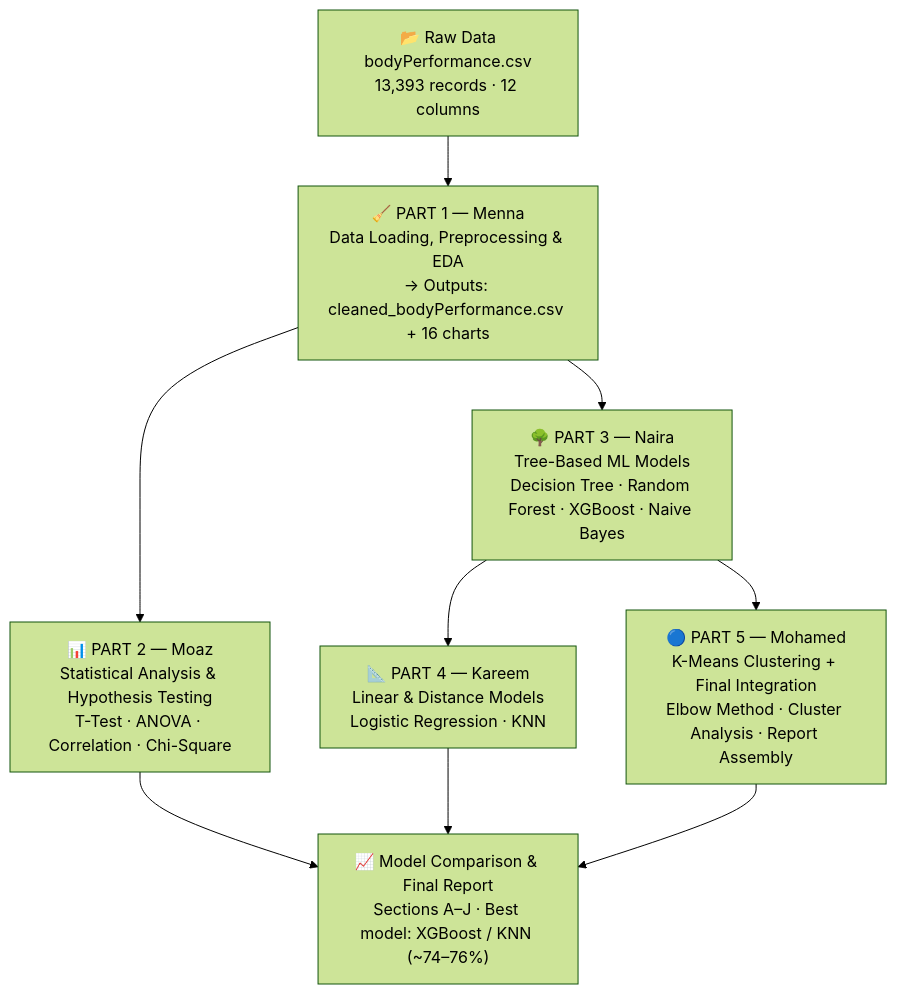
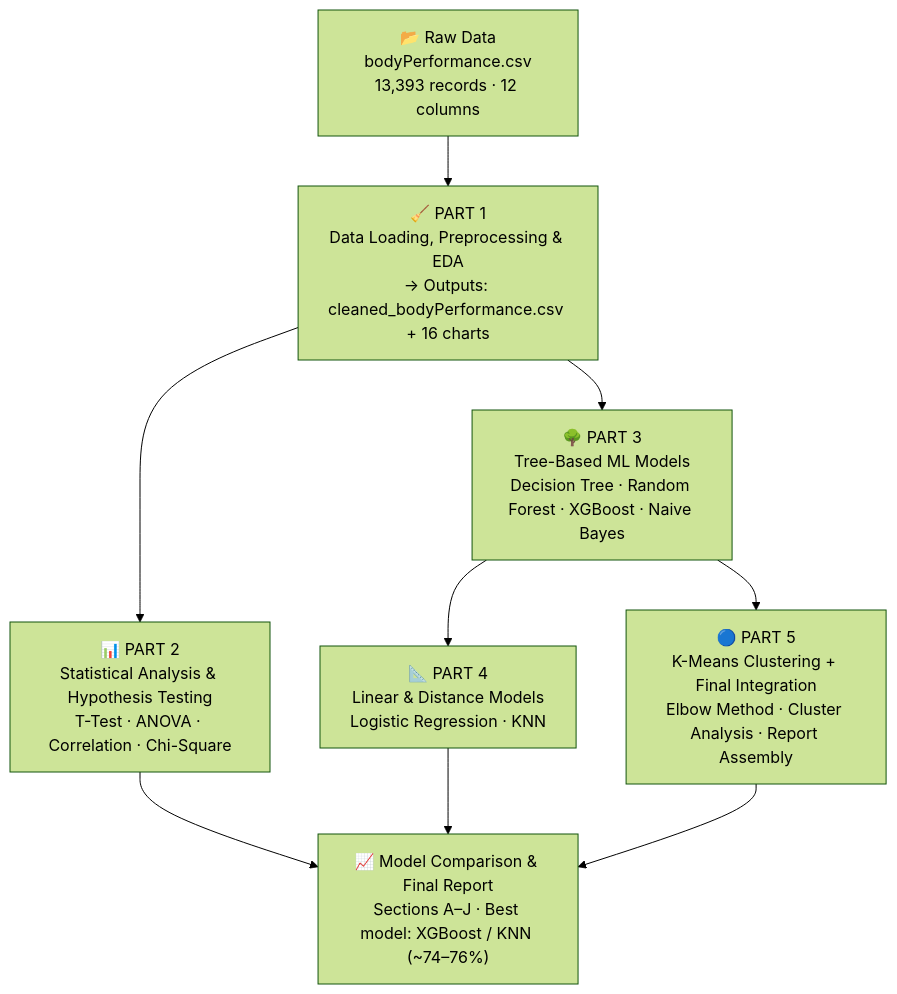
One commit to MennaThabet/Fitness-Performance-Analytics-and-Prediction-System changed the diagram in README.md. Above: the diagram before and after it, drawn with Mermaid (forest theme).

````diff
--- a/README.md
+++ b/README.md
@@ -79,25 +79,25 @@
 ```mermaid
 flowchart TD
     RAW["📂 Raw Data\nbodyPerformance.csv\n13,393 records · 12 columns"]
  
-    P1["🧹 PART 1 — Menna\nData Loading, Preprocessing & EDA\n→ Outputs: cleaned_bodyPerformance.csv + 16 charts"]
+    P1["🧹 PART 1\nData Loading, Preprocessing & EDA\n→ Outputs: cleaned_bodyPerformance.csv + 16 charts"]
  
-    P2["📊 PART 2 — Moaz\nStatistical Analysis & Hypothesis Testing\nT-Test · ANOVA · Correlation · Chi-Square"]
+    P2["📊 PART 2\nStatistical Analysis & Hypothesis Testing\nT-Test · ANOVA · Correlation · Chi-Square"]
  
-    P3["🌳 PART 3 — Naira\nTree-Based ML Models\nDecision Tree · Random Forest · XGBoost · Naive Bayes"]
+    P3["🌳 PART 3\nTree-Based ML Models\nDecision Tree · Random Forest · XGBoost · Naive Bayes"]
  
-    P4["📐 PART 4 — Kareem\nLinear & Distance Models\nLogistic Regression · KNN"]
+    P4["📐 PART 4\nLinear & Distance Models\nLogistic Regression · KNN"]
  
-    P5["🔵 PART 5 — Mohamed\nK-Means Clustering + Final Integration\nElbow Method · Cluster Analysis · Report Assembly"]
+    P5["🔵 PART 5\nK-Means Clustering + Final Integration\nElbow Method · Cluster Analysis · Report Assembly"]
  
     RESULT["📈 Model Comparison & Final Report\nSections A–J · Best model: XGBoost / KNN (~74–76%)"]
  
     RAW --> P1
     P1 --> P2
     P1 --> P3
     P3 --> P4
     P3 --> P5
     P2 --> RESULT
     P4 --> RESULT
     P5 --> RESULT
 ```
````
